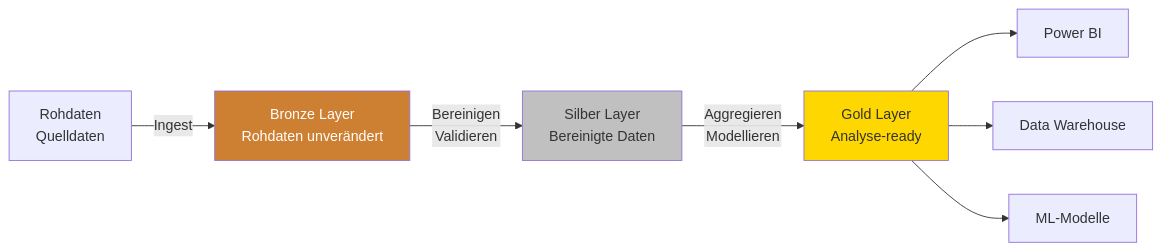
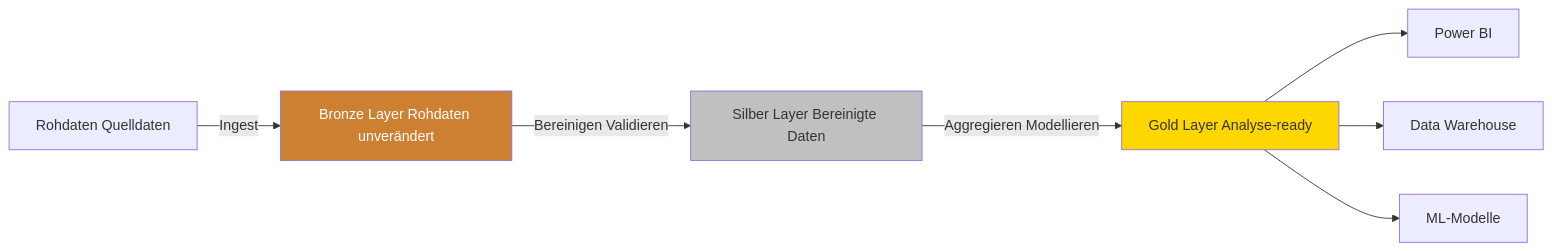
The fourth of 5 diagrams in Microsoft 365/Azure/Fabric/OneLake.md (SoniiiT/notes-n-docs), drawn with Mermaid before and after one commit. The commit also changed other lines of this file and 124 other files, not shown here.

First line of the commit message:
fix: Entferne \n aus allen Mermaid-Diagrammen (125 Dateien)

````diff
--- a/Microsoft 365/Azure/Fabric/OneLake.md
+++ b/Microsoft 365/Azure/Fabric/OneLake.md
@@ -227,13 +227,13 @@
 ```mermaid
 graph LR
-    RAW[Rohdaten\nQuelldaten] -->|Ingest| BR[Bronze Layer\nRohdaten unverändert]
-    BR -->|Bereinigen\nValidieren| SI[Silber Layer\nBereinigte Daten]
-    SI -->|Aggregieren\nModellieren| GO[Gold Layer\nAnalyse-ready]
+    RAW[Rohdaten Quelldaten] -->|Ingest| BR[Bronze Layer Rohdaten unverändert]
+    BR -->|Bereinigen Validieren| SI[Silber Layer Bereinigte Daten]
+    SI -->|Aggregieren Modellieren| GO[Gold Layer Analyse-ready]
     GO --> PBI[Power BI]
     GO --> DW[Data Warehouse]
     GO --> ML[ML-Modelle]
     
     style BR fill:#cd7f32,color:#fff
     style SI fill:#c0c0c0
     style GO fill:#ffd700
 ```
````
